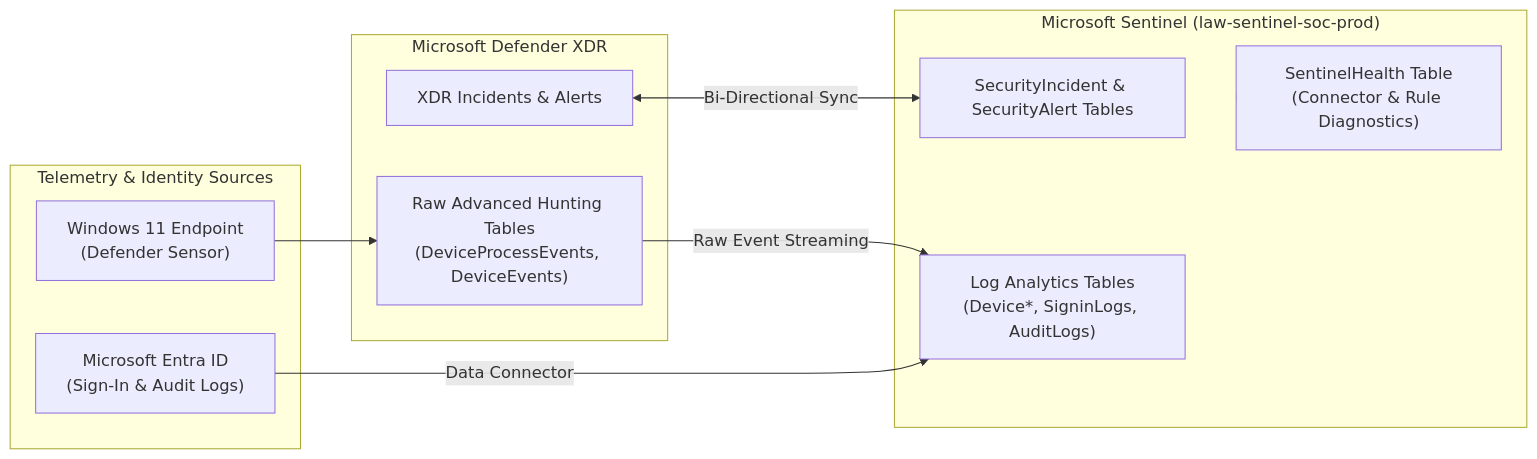
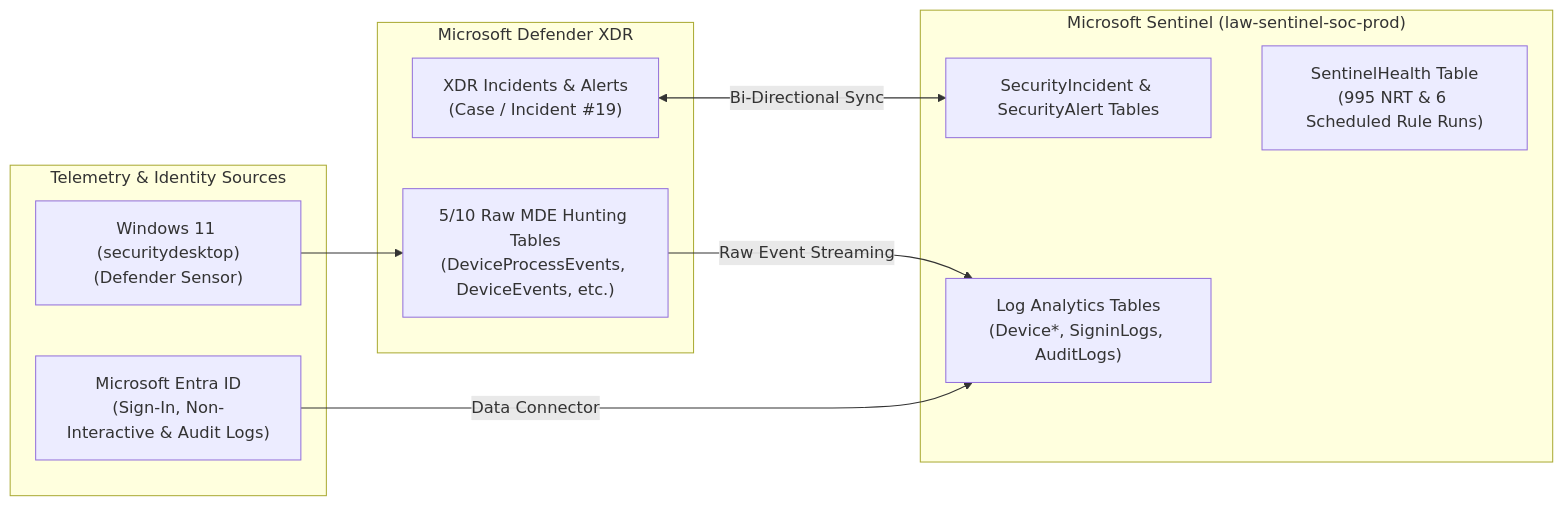
Before and after one commit to mufticyberpro/microsoft-soc-xdr-sentinel-labs: the diagram in case-studies/03_Sentinel_SIEM_and_XDR_Integration.md, drawn with Mermaid. The commit also changed other lines of this file, not shown here.

Commit message:
Update Case Study 03 with all 8 live Sentinel, XDR Connector, Entra ID & KQL verification screenshots

````diff
--- a/case-studies/03_Sentinel_SIEM_and_XDR_Integration.md
+++ b/case-studies/03_Sentinel_SIEM_and_XDR_Integration.md
@@ -26,24 +27,24 @@
 ```mermaid
 flowchart LR
     subgraph Sources["Telemetry & Identity Sources"]
-        MDE["Windows 11 Endpoint<br/>(Defender Sensor)"]
-        Entra["Microsoft Entra ID<br/>(Sign-In & Audit Logs)"]
+        MDE["Windows 11 (securitydesktop)<br/>(Defender Sensor)"]
+        Entra["Microsoft Entra ID<br/>(Sign-In, Non-Interactive & Audit Logs)"]
     end
 
     subgraph XDR["Microsoft Defender XDR"]
-        XDRInc["XDR Incidents & Alerts"]
-        AdvHunt["Raw Advanced Hunting Tables<br/>(DeviceProcessEvents, DeviceEvents)"]
+        XDRInc["XDR Incidents & Alerts<br/>(Case / Incident #19)"]
+        AdvHunt["5/10 Raw MDE Hunting Tables<br/>(DeviceProcessEvents, DeviceEvents, etc.)"]
     end
 
     subgraph Sentinel["Microsoft Sentinel (law-sentinel-soc-prod)"]
         SecInc["SecurityIncident & SecurityAlert Tables"]
         LA["Log Analytics Tables<br/>(Device*, SigninLogs, AuditLogs)"]
-        Health["SentinelHealth Table<br/>(Connector & Rule Diagnostics)"]
+        Health["SentinelHealth Table<br/>(995 NRT & 6 Scheduled Rule Runs)"]
     end
 
     MDE --> AdvHunt
     XDRInc <-->|Bi-Directional Sync| SecInc
     AdvHunt -->|Raw Event Streaming| LA
     Entra -->|Data Connector| LA
     Sentinel --> Health
 ```
````
